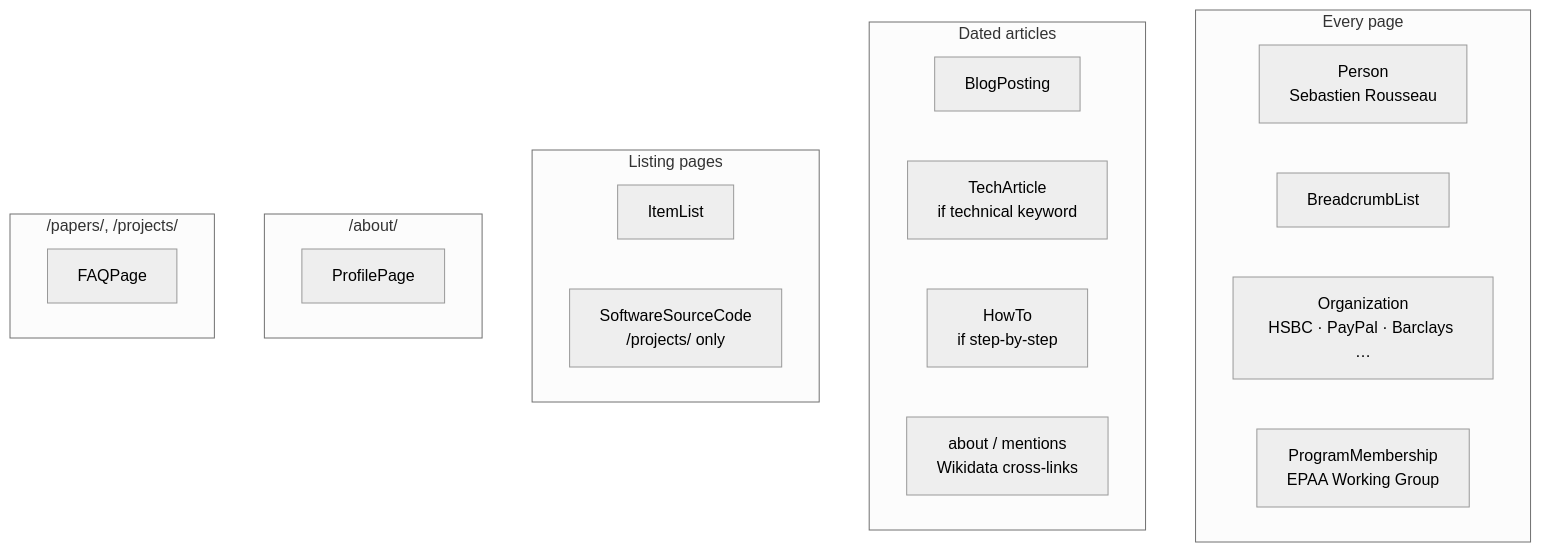
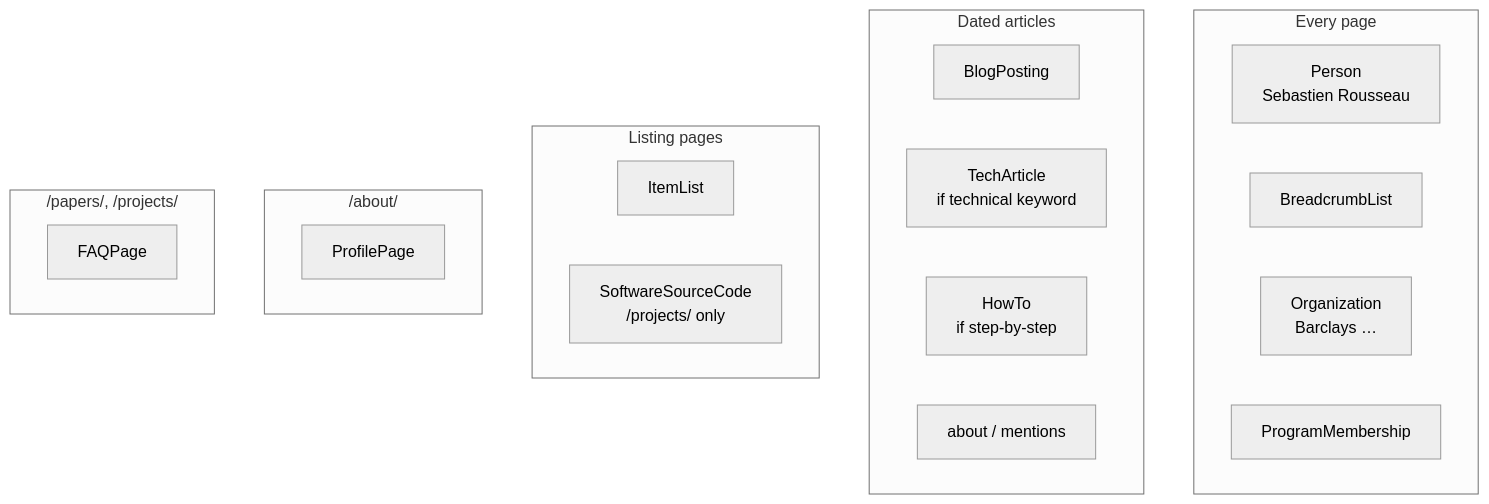
One commit to sebastienrousseau/sebastienrousseau.github.io changed the first of 2 diagrams in project-docs/SCHEMAS.md. Above: the diagram before and after it, drawn with Mermaid. The commit also changed other lines of this file and 3817 other files, not shown here.

````diff
--- a/project-docs/SCHEMAS.md
+++ b/project-docs/SCHEMAS.md
@@ -19,30 +16,30 @@
 ```mermaid
 %%{init: {'theme':'neutral'} }%%
 graph TB
  subgraph EVERY["Every page"]
  PERSON[Person<br/>Sebastien Rousseau]
  BC[BreadcrumbList]
- ORG[Organization<br/>HSBC · PayPal · Barclays …]
- MEM[ProgramMembership<br/>EPAA Working Group]
+ ORG[Organization<br/>Barclays …]
+ MEM[ProgramMembership]
  end
 
  subgraph ARTICLES["Dated articles"]
  BP[BlogPosting]
  TA[TechArticle<br/>if technical keyword]
  HT[HowTo<br/>if step-by-step]
- ABOUT[about / mentions<br/>Wikidata cross-links]
+ ABOUT[about / mentions]
  end
 
  subgraph LISTING["Listing pages"]
  IL[ItemList]
  SSC[SoftwareSourceCode<br/>/projects/ only]
  end
 
  subgraph PROFILE["/about/"]
  PP[ProfilePage]
  end
 
  subgraph FAQ["/papers/, /projects/"]
  FAQP[FAQPage]
  end
 ```
````
